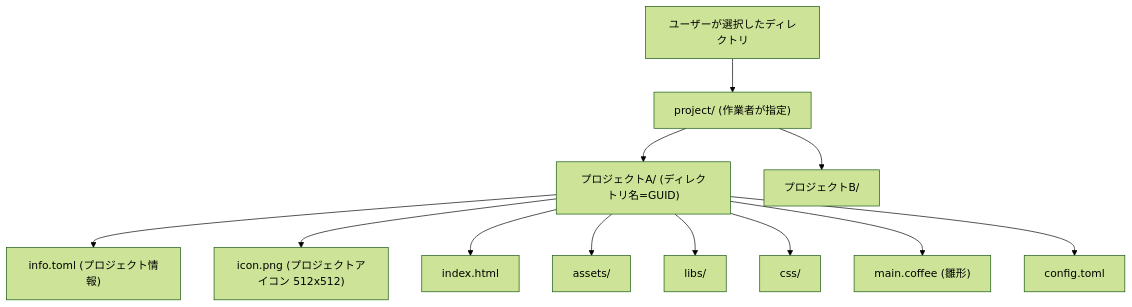
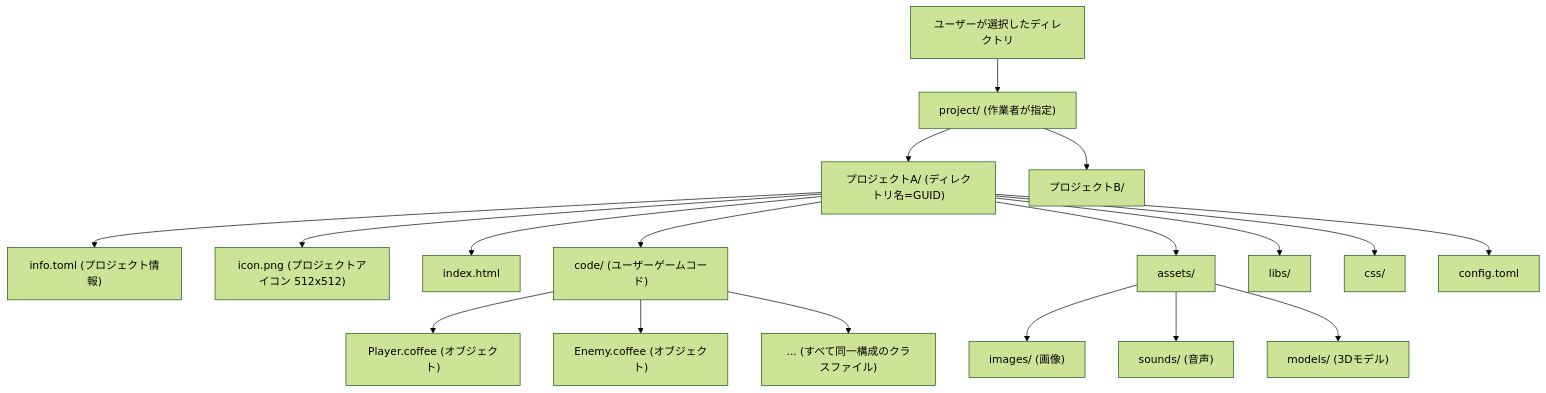
One commit to digitarhythm/arcadeer changed the fourth of 30 diagrams in docs/specification.md. Above: the diagram before and after it, drawn with Mermaid (forest theme). The commit also changed other lines of this file and 87 other files, not shown here.

````diff
--- a/docs/specification.md
+++ b/docs/specification.md
@@ -74,15 +74,21 @@
 ```mermaid
 flowchart TD
     LocalRoot["ユーザーが選択したディレクトリ"]
     LocalRoot --> ProjectDir["project/ (作業者が指定)"]
     ProjectDir --> GameA["プロジェクトA/ (ディレクトリ名=GUID)"]
     GameA --> AInfo["info.toml (プロジェクト情報)"]
     GameA --> AIcon["icon.png (プロジェクトアイコン 512x512)"]
     GameA --> AIdx["index.html"]
+    GameA --> ACodeDir["code/ (ユーザーゲームコード)"]
+    ACodeDir --> AObj1["Player.coffee (オブジェクト)"]
+    ACodeDir --> AObj2["Enemy.coffee (オブジェクト)"]
+    ACodeDir --> AObj3["... (すべて同一構成のクラスファイル)"]
     GameA --> AAssets["assets/"]
+    AAssets --> AImg["images/ (画像)"]
+    AAssets --> ASnd["sounds/ (音声)"]
+    AAssets --> AMdl["models/ (3Dモデル)"]
     GameA --> ALibs["libs/"]
     GameA --> ACss["css/"]
-    GameA --> ACode["main.coffee (雛形)"]
     GameA --> AConf["config.toml"]
     ProjectDir --> GameB["プロジェクトB/"]
 ```
````
